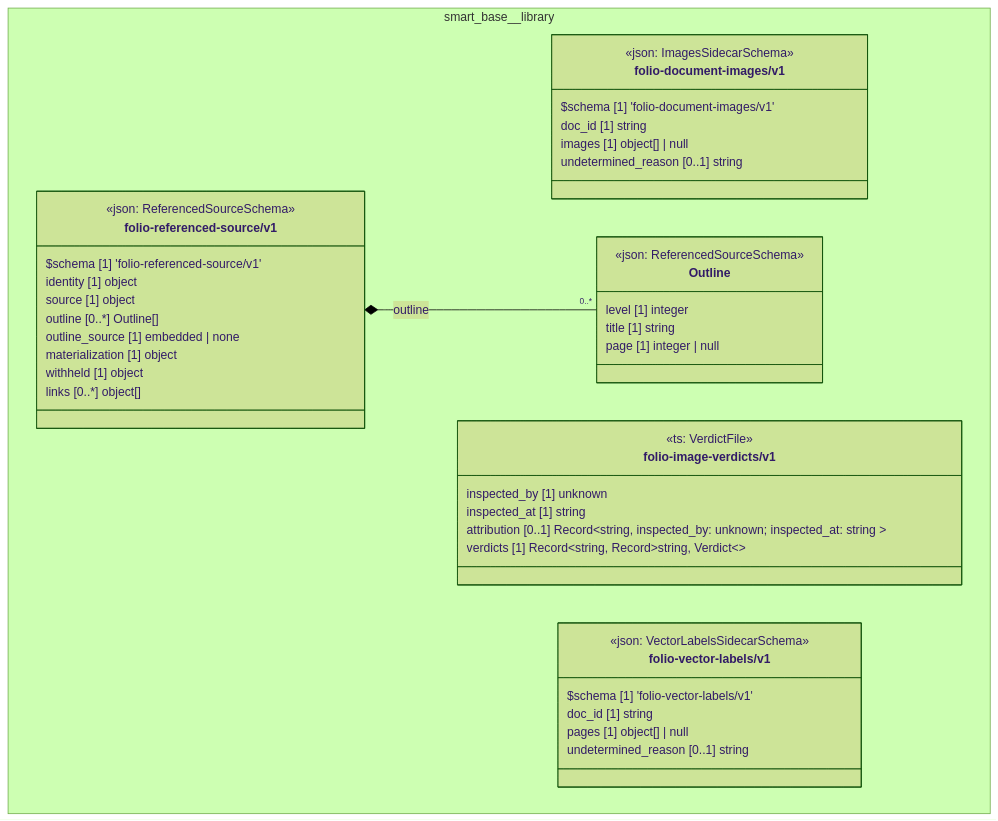
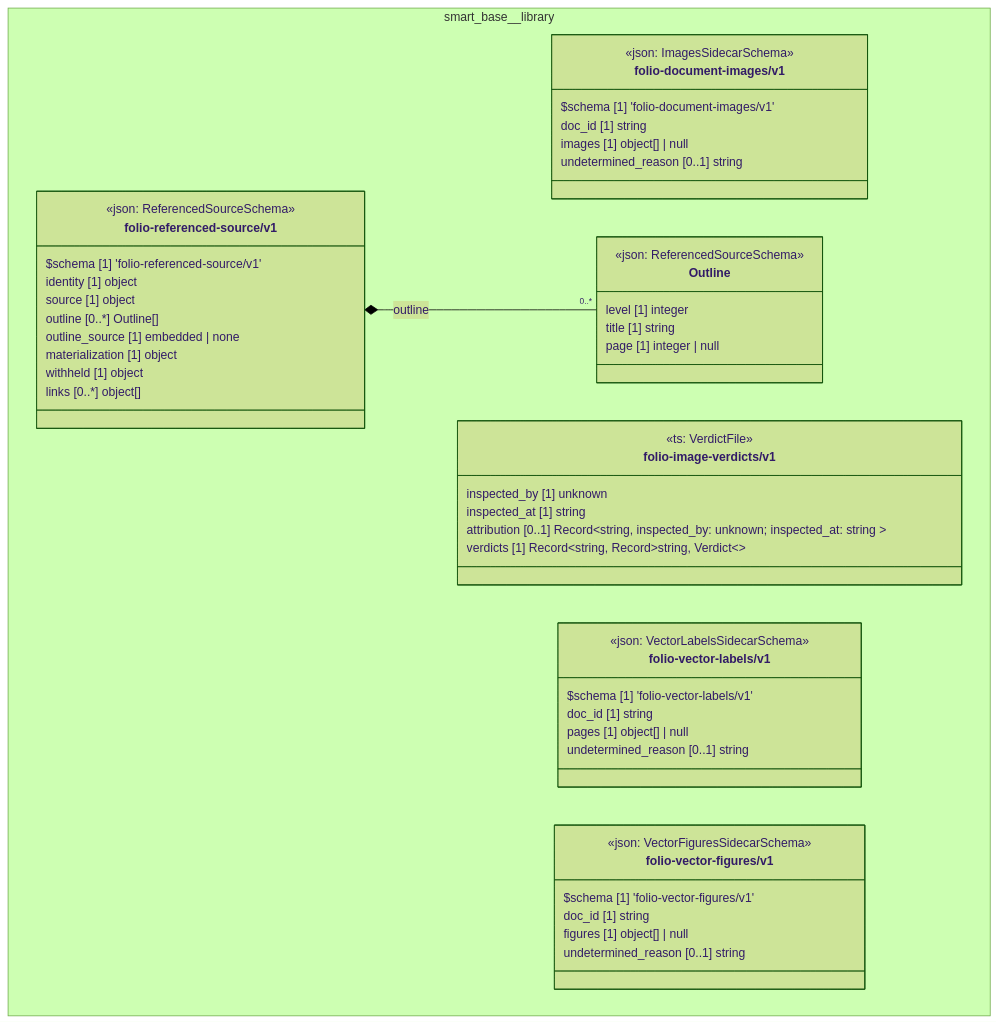
The diagram in cat-harness/uml/overview/smart-base/library.mmd (litlfred/folio-assistant), drawn with Mermaid (forest theme) before and after one commit. The commit also changed 23 other files, not shown here.

First line of the commit message:
chore(ay3x): regenerate the artefacts the new schema and arm owe (glossary, UML overview, detangle, READMEs); type the test verdict

```diff
--- a/cat-harness/uml/overview/smart-base/library.mmd
+++ b/cat-harness/uml/overview/smart-base/library.mmd
@@ -1,48 +1,56 @@
 classDiagram
   direction TB
   namespace smart_base__library {
     class smart_base_library_folio_document_images_v1_folio_document_images_v1["folio-document-images/v1"] {
       <<json: ImagesSidecarSchema>>
       $schema [1] 'folio-document-images/v1'
       doc_id [1] string
       images [1] object[] | null
       undetermined_reason [0..1] string
     }
     class smart_base_library_folio_image_verdicts_v1["folio-image-verdicts/v1"] {
       <<ts: VerdictFile>>
       inspected_by [1] unknown
       inspected_at [1] string
       attribution [0..1] Record~string,  inspected_by: unknown; inspected_at: string ~
       verdicts [1] Record~string, Record~string, Verdict~~
     }
     class smart_base_library_folio_vector_labels_v1_folio_vector_labels_v1["folio-vector-labels/v1"] {
       <<json: VectorLabelsSidecarSchema>>
       $schema [1] 'folio-vector-labels/v1'
       doc_id [1] string
       pages [1] object[] | null
       undetermined_reason [0..1] string
     }
+    class smart_base_library_folio_vector_figures_v1_folio_vector_figures_v1["folio-vector-figures/v1"] {
+      <<json: VectorFiguresSidecarSchema>>
+      $schema [1] 'folio-vector-figures/v1'
+      doc_id [1] string
+      figures [1] object[] | null
+      undetermined_reason [0..1] string
+    }
     class smart_base_library_folio_referenced_source_v1_Outline["Outline"] {
       <<json: ReferencedSourceSchema>>
       level [1] integer
       title [1] string
       page [1] integer | null
     }
     class smart_base_library_folio_referenced_source_v1_folio_referenced_source_v1["folio-referenced-source/v1"] {
       <<json: ReferencedSourceSchema>>
       $schema [1] 'folio-referenced-source/v1'
       identity [1] object
       source [1] object
       outline [0..*] Outline[]
       outline_source [1] embedded | none
       materialization [1] object
       withheld [1] object
       links [0..*] object[]
     }
   }
   smart_base_library_folio_referenced_source_v1_folio_referenced_source_v1 *-- "0..*" smart_base_library_folio_referenced_source_v1_Outline : outline
   cssClass "smart_base_library_folio_document_images_v1_folio_document_images_v1" fa_uml_kind_library
   cssClass "smart_base_library_folio_image_verdicts_v1" fa_uml_kind_library
   cssClass "smart_base_library_folio_vector_labels_v1_folio_vector_labels_v1" fa_uml_kind_library
+  cssClass "smart_base_library_folio_vector_figures_v1_folio_vector_figures_v1" fa_uml_kind_library
   cssClass "smart_base_library_folio_referenced_source_v1_Outline" fa_uml_kind_library
   cssClass "smart_base_library_folio_referenced_source_v1_folio_referenced_source_v1" fa_uml_kind_library
```
